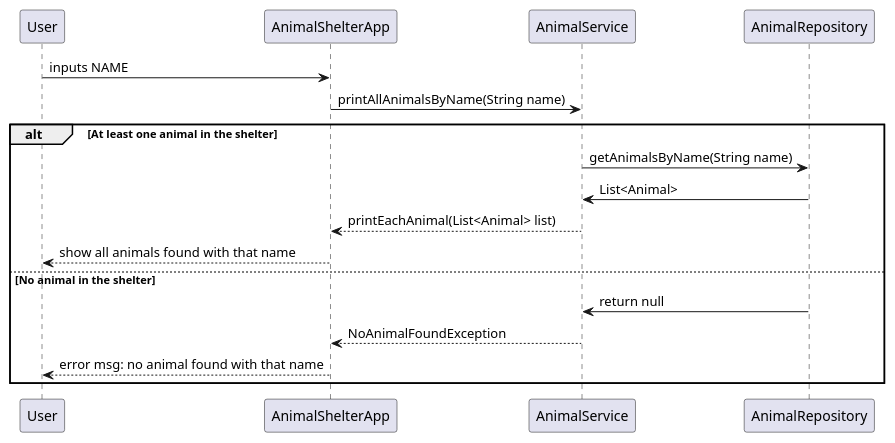
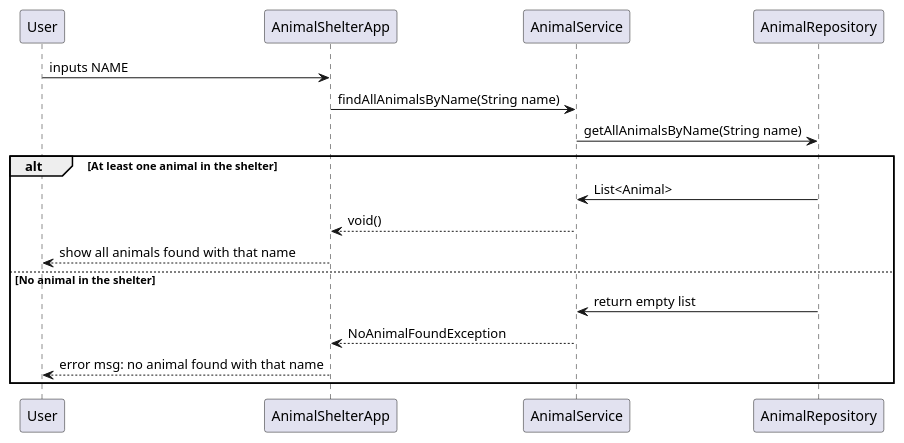
Before and after one commit to RaphaelZintec/AnimalShelterTest: the diagram in analysis/sequence_findallanimalsbyname.puml, drawn with PlantUML. The commit also changed 5 other files, not shown here.

Commit message:
sequence diagram update

```diff
--- a/analysis/sequence_findallanimalsbyname.puml
+++ b/analysis/sequence_findallanimalsbyname.puml
@@ -1,16 +1,16 @@
 @startuml
 
 User -> AnimalShelterApp : inputs NAME
-AnimalShelterApp -> AnimalService : printAllAnimalsByName(String name)
+AnimalShelterApp -> AnimalService : findAllAnimalsByName(String name)
+AnimalService -> AnimalRepository : getAllAnimalsByName(String name)
 alt At least one animal in the shelter
-AnimalService -> AnimalRepository : getAnimalsByName(String name)
 AnimalService <- AnimalRepository : List<Animal>
-AnimalShelterApp <-- AnimalService : printEachAnimal(List<Animal> list)
+AnimalShelterApp <-- AnimalService : void()
 User <-- AnimalShelterApp : show all animals found with that name
 else No animal in the shelter
-AnimalService <- AnimalRepository : return null
+AnimalService <- AnimalRepository : return empty list
 AnimalShelterApp <-- AnimalService : NoAnimalFoundException
 User <-- AnimalShelterApp : error msg: no animal found with that name
 end
 
 @enduml
```
